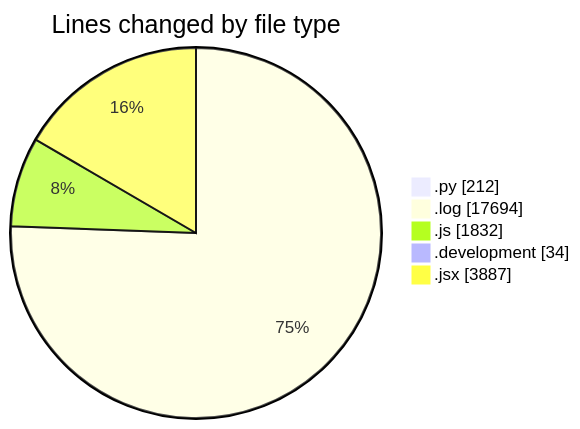
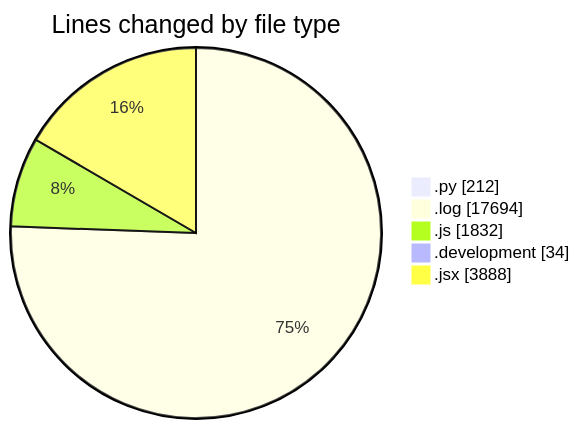
Before and after one commit to nxtqubesakshisongat/code-tracking: the first of 2 diagrams in 2025-04-19/nxtqube_webapp/README.md, drawn with Mermaid. The commit also changed other lines of this file and 1 other file, not shown here.

````diff
--- a/2025-04-19/nxtqube_webapp/README.md
+++ b/2025-04-19/nxtqube_webapp/README.md
@@ -43,9 +43,9 @@
 ```mermaid
 pie showData
 title Lines changed by file type
 ".py" : 212
 ".log" : 17694
 ".js" : 1832
 ".development" : 34
-".jsx" : 3887
+".jsx" : 3888
 ```
````
